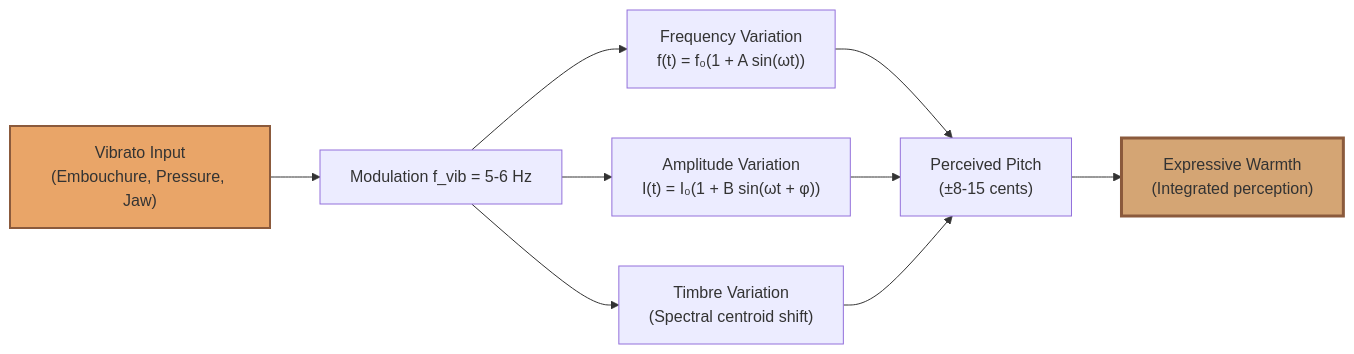
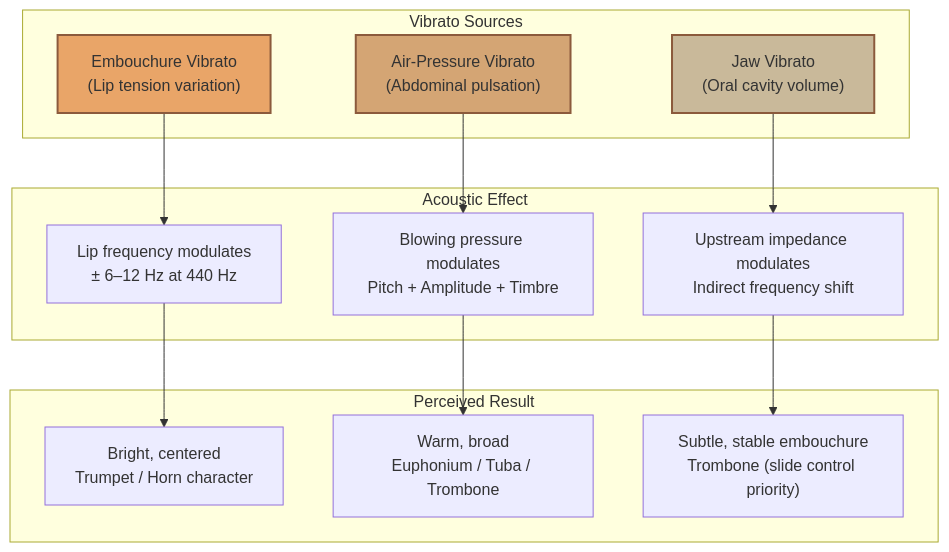
Before and after one commit to blebleblee/synapse: the fourth of 4 diagrams in topics/arts/music_performance/brass/lesson_02_articulation_and_vibrato.md, drawn with Mermaid. The commit also changed other lines of this file and 4 other files, not shown here.

````diff
--- a/topics/arts/music_performance/brass/lesson_02_articulation_and_vibrato.md
+++ b/topics/arts/music_performance/brass/lesson_02_articulation_and_vibrato.md
@@ -107,16 +180,28 @@
 ```mermaid
-graph LR
-    A["Vibrato Input<br/>(Embouchure, Pressure, Jaw)"] --> B["Modulation f_vib = 5-6 Hz"]
-    B --> C["Frequency Variation<br/>f(t) = f₀(1 + A sin(ωt))"]
-    B --> D["Amplitude Variation<br/>I(t) = I₀(1 + B sin(ωt + φ))"]
-    B --> E["Timbre Variation<br/>(Spectral centroid shift)"]
-    
-    C --> F["Perceived Pitch<br/>(±8-15 cents)"]
-    D --> F
-    E --> F
-    
-    F --> G["Expressive Warmth<br/>(Integrated perception)"]
-    
-    style A fill:#E9A568,stroke:#8B5A3C,stroke-width:2px
-    style G fill:#D4A574,stroke:#8B5A3C,stroke-width:3px
+graph TD
+    subgraph sub_sources ["Vibrato Sources"]
+        V1["Embouchure Vibrato\n(Lip tension variation)"]
+        V2["Air-Pressure Vibrato\n(Abdominal pulsation)"]
+        V3["Jaw Vibrato\n(Oral cavity volume)"]
+    end
+
+    subgraph sub_effects ["Acoustic Effect"]
+        E1["Lip frequency modulates\n± 6–12 Hz at 440 Hz"]
+        E2["Blowing pressure modulates\nPitch + Amplitude + Timbre"]
+        E3["Upstream impedance modulates\nIndirect frequency shift"]
+    end
+
+    subgraph sub_perception ["Perceived Result"]
+        P1["Bright, centered\nTrumpet / Horn character"]
+        P2["Warm, broad\nEuphonium / Tuba / Trombone"]
+        P3["Subtle, stable embouchure\nTrombone (slide control priority)"]
+    end
+
+    V1 --> E1 --> P1
+    V2 --> E2 --> P2
+    V3 --> E3 --> P3
+
+    style V1 fill:#E9A568,stroke:#8B5A3C,stroke-width:2px
+    style V2 fill:#D4A574,stroke:#8B5A3C,stroke-width:2px
+    style V3 fill:#C9B99A,stroke:#8B5A3C,stroke-width:2px
 ```
````
